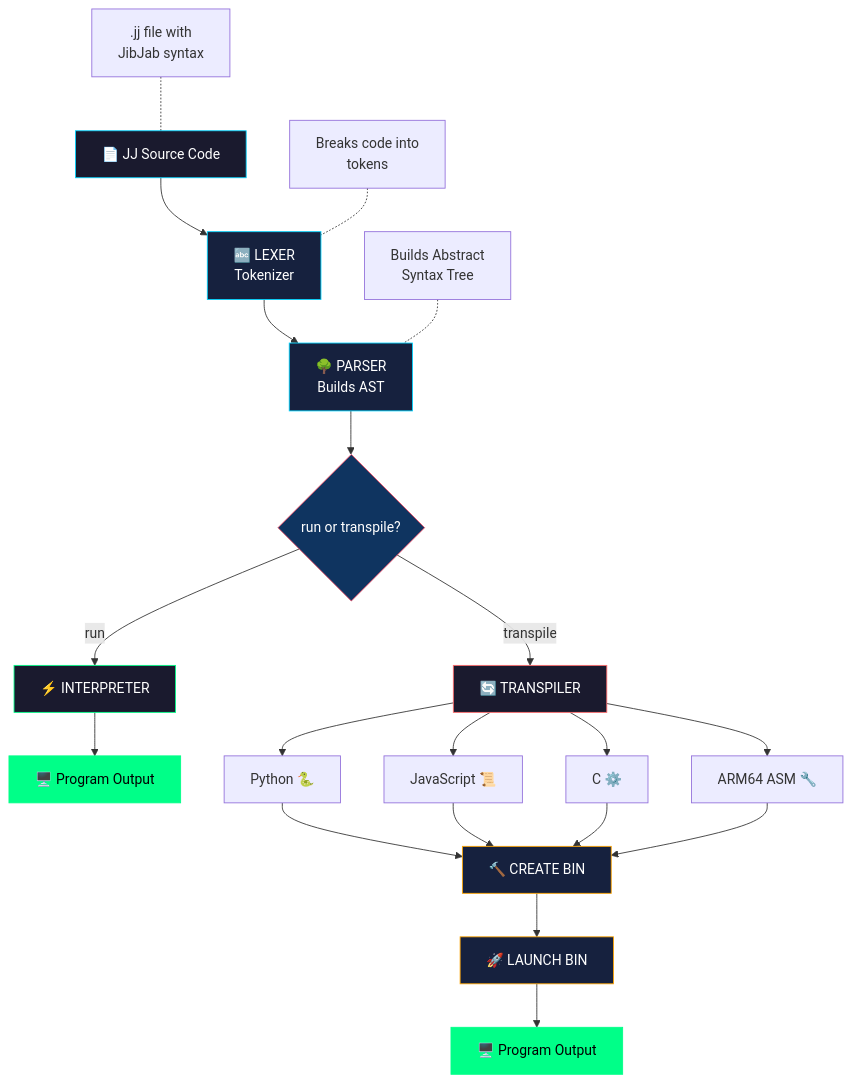
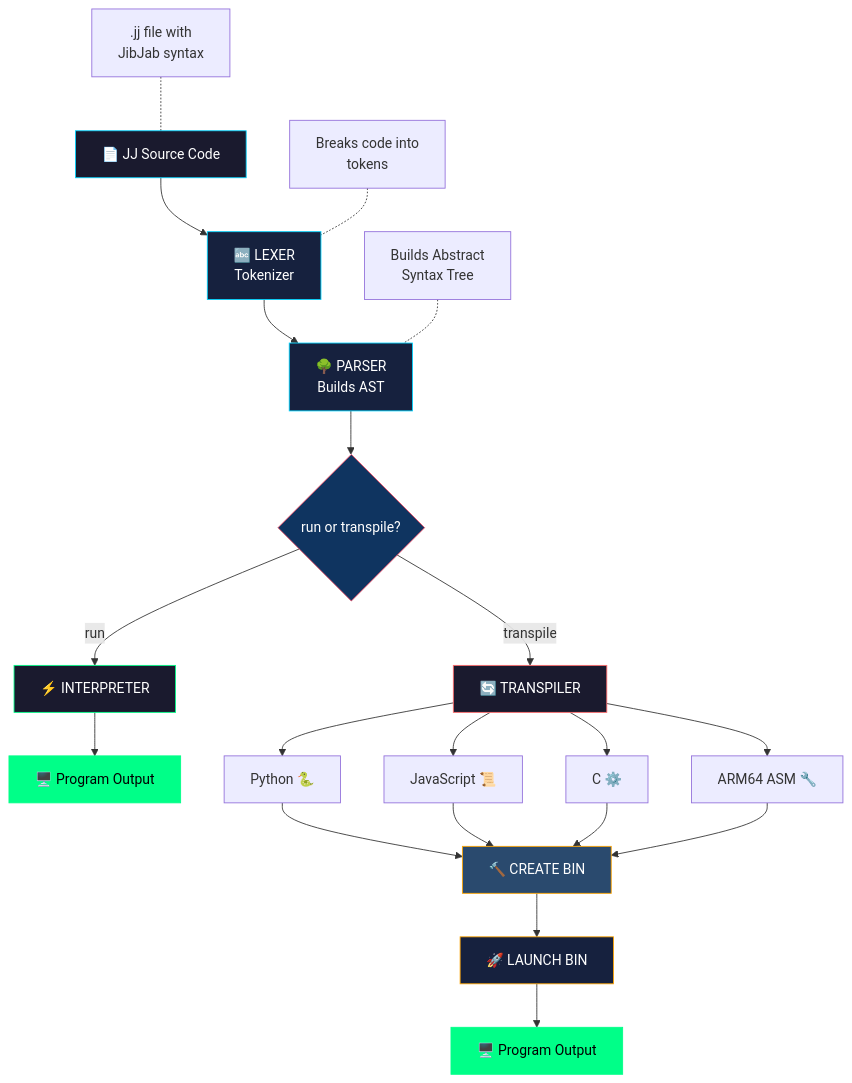
The diagram in README.md (SuperBox64/JibberJabber), drawn with Mermaid before and after one commit.

Commit message:
Lighter color for CREATE BIN

````diff
--- a/README.md
+++ b/README.md
@@ -350,38 +350,38 @@
 ```mermaid
 flowchart TD
     A[📄 JJ Source Code] --> B[🔤 LEXER<br>Tokenizer]
     B --> C[🌳 PARSER<br>Builds AST]
     C --> D{run or transpile?}
 
     A1[".jj file with<br>JibJab syntax"] -.- A
     B1["Breaks code into<br>tokens"] -.- B
     C1["Builds Abstract<br>Syntax Tree"] -.- C
 
     D -->|run| E[⚡ INTERPRETER]
     E --> F[🖥️ Program Output]
 
     D -->|transpile| G[🔄 TRANSPILER]
     G --> H[Python 🐍]
     G --> I[JavaScript 📜]
     G --> J[C ⚙️]
     G --> K[ARM64 ASM 🔧]
 
     H --> M[🔨 CREATE BIN]
     I --> M
     J --> M
     K --> M
     M --> N[🚀 LAUNCH BIN]
     N --> O[🖥️ Program Output]
 
-    style M fill:#16213e,stroke:#ffa500,color:#fff
+    style M fill:#2a4a6e,stroke:#ffa500,color:#fff
     style N fill:#16213e,stroke:#ffa500,color:#fff
     style O fill:#00ff88,stroke:#00ff88,color:#000
 
     style A fill:#1a1a2e,stroke:#00d4ff,color:#fff
     style B fill:#16213e,stroke:#00d4ff,color:#fff
     style C fill:#16213e,stroke:#00d4ff,color:#fff
     style D fill:#0f3460,stroke:#e94560,color:#fff
     style E fill:#1a1a2e,stroke:#00ff88,color:#fff
     style F fill:#00ff88,stroke:#00ff88,color:#000
     style G fill:#1a1a2e,stroke:#ff6b6b,color:#fff
 ```
````
